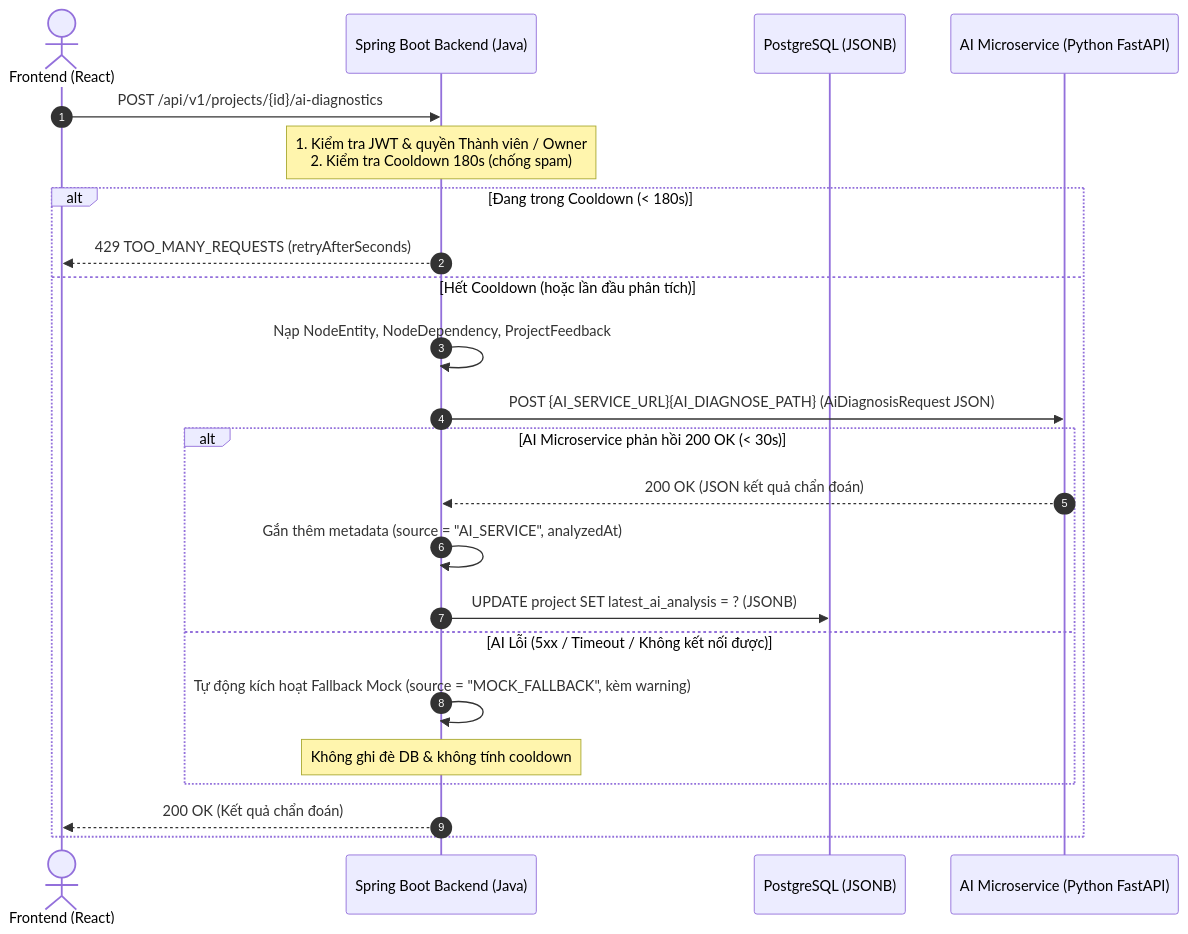
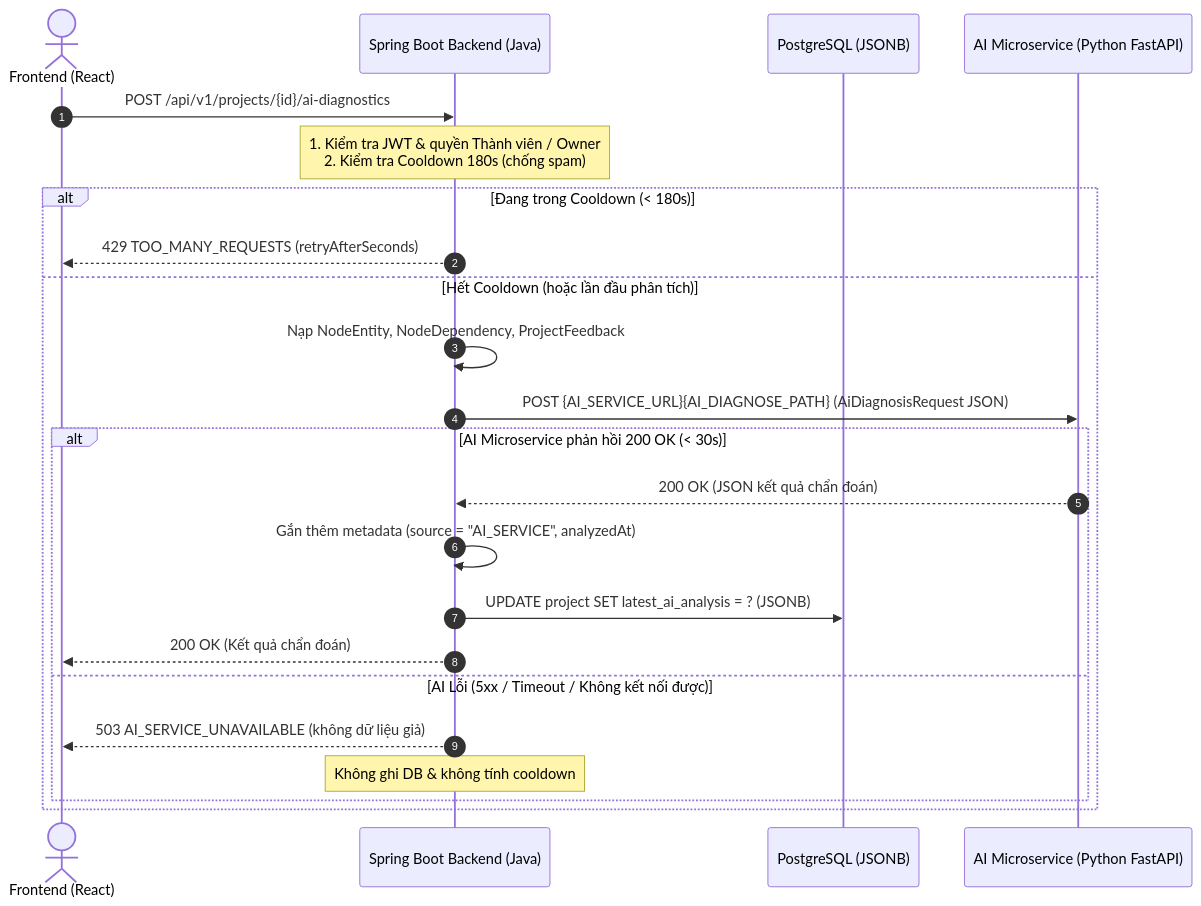
One commit to ThanhThien-coder/Workflow-Pipeline-Engine changed the diagram in docs/specs/ai-service-contract.md. Above: the diagram before and after it, drawn with Mermaid. The commit also changed other lines of this file and 2 other files, not shown here.

````diff
--- a/docs/specs/ai-service-contract.md
+++ b/docs/specs/ai-service-contract.md
@@ -14,26 +14,26 @@
 ```mermaid
 sequenceDiagram
     autonumber
     actor FE as Frontend (React)
     participant BE as Spring Boot Backend (Java)
     participant DB as PostgreSQL (JSONB)
     participant AI as AI Microservice (Python FastAPI)
 
     FE->>BE: POST /api/v1/projects/{id}/ai-diagnostics
     Note over BE: 1. Kiểm tra JWT & quyền Thành viên / Owner<br/>2. Kiểm tra Cooldown 180s (chống spam)
     alt Đang trong Cooldown (< 180s)
         BE-->>FE: 429 TOO_MANY_REQUESTS (retryAfterSeconds)
     else Hết Cooldown (hoặc lần đầu phân tích)
         BE->>BE: Nạp NodeEntity, NodeDependency, ProjectFeedback
         BE->>AI: POST {AI_SERVICE_URL}{AI_DIAGNOSE_PATH} (AiDiagnosisRequest JSON)
         alt AI Microservice phản hồi 200 OK (< 30s)
             AI-->>BE: 200 OK (JSON kết quả chẩn đoán)
             BE->>BE: Gắn thêm metadata (source = "AI_SERVICE", analyzedAt)
             BE->>DB: UPDATE project SET latest_ai_analysis = ? (JSONB)
+            BE-->>FE: 200 OK (Kết quả chẩn đoán)
         else AI Lỗi (5xx / Timeout / Không kết nối được)
-            BE->>BE: Tự động kích hoạt Fallback Mock (source = "MOCK_FALLBACK", kèm warning)
-            Note over BE: Không ghi đè DB & không tính cooldown
+            BE-->>FE: 503 AI_SERVICE_UNAVAILABLE (không dữ liệu giả)
+            Note over BE: Không ghi DB & không tính cooldown
         end
-        BE-->>FE: 200 OK (Kết quả chẩn đoán)
     end
 ```
````
